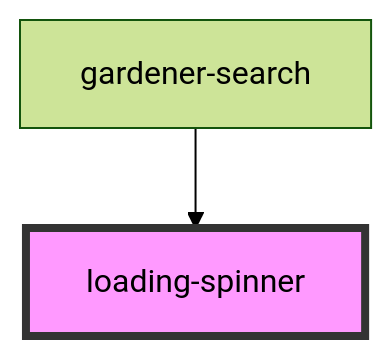
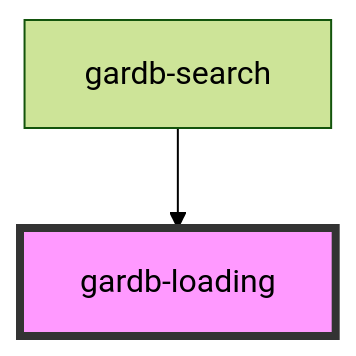
One commit to neropha/stencil-gardb changed the diagram in src/components/spinner/readme.md. Above: the diagram before and after it, drawn with Mermaid (forest theme). The commit also changed other lines of this file and 142 other files, not shown here.

````diff
--- a/src/components/spinner/readme.md
+++ b/src/components/spinner/readme.md
@@ -15,5 +15,5 @@
 ```mermaid
 graph TD;
-  gardener-search --> loading-spinner
-  style loading-spinner fill:#f9f,stroke:#333,stroke-width:4px
+  gardb-search --> gardb-loading
+  style gardb-loading fill:#f9f,stroke:#333,stroke-width:4px
 ```
````
